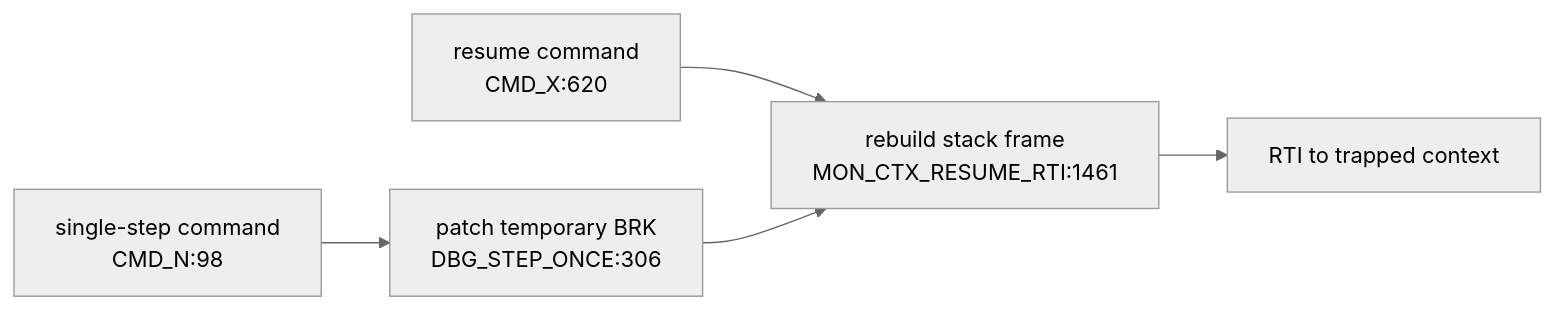
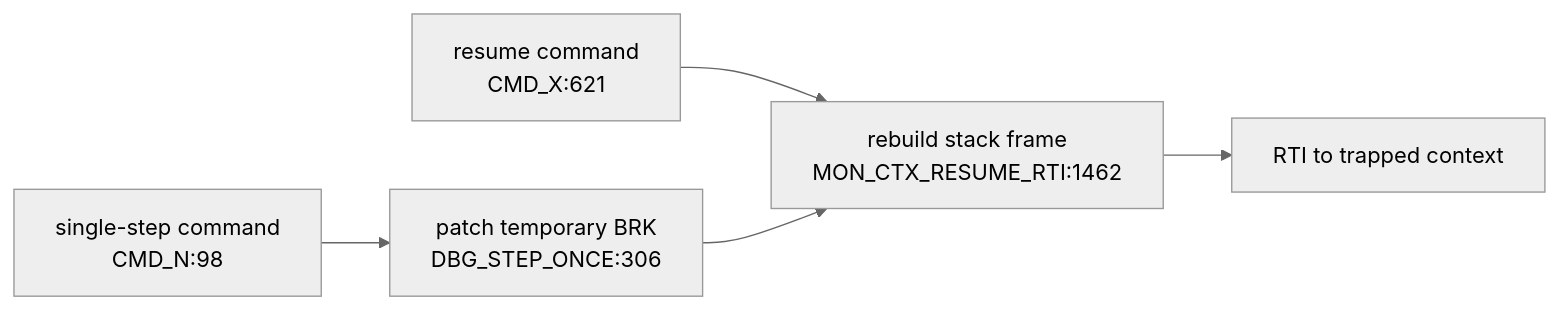
One commit to 95westus/R-YORS changed the sixth of 6 diagrams in DOC/GENERATED/INTERRUPT_VECTOR_MAP.md. Above: the diagram before and after it, drawn with Mermaid (neutral theme). The commit also changed other lines of this file and 58 other files, not shown here.

````diff
--- a/DOC/GENERATED/INTERRUPT_VECTOR_MAP.md
+++ b/DOC/GENERATED/INTERRUPT_VECTOR_MAP.md
@@ -92,7 +92,7 @@
 ```mermaid
 flowchart LR
-    CMDX["resume command<br/>CMD_X:620"] --> RESUME["rebuild stack frame<br/>MON_CTX_RESUME_RTI:1461"]
+    CMDX["resume command<br/>CMD_X:621"] --> RESUME["rebuild stack frame<br/>MON_CTX_RESUME_RTI:1462"]
     CMDN["single-step command<br/>CMD_N:98"] --> STEP["patch temporary BRK<br/>DBG_STEP_ONCE:306"]
     STEP --> RESUME
     RESUME --> RTIRES["RTI to trapped context"]
 ```
````
